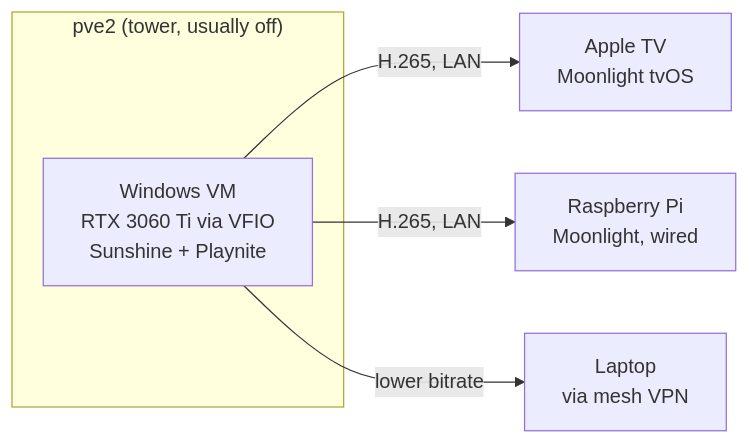
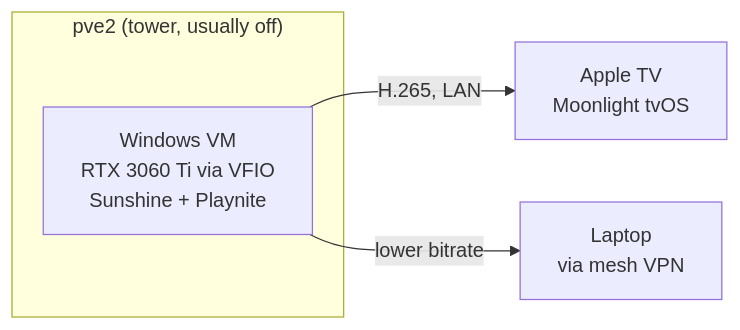
One commit to babraham123/homesite changed the diagram in src/www/docs/blog/posts/gpu-game-streaming.md. Above: the diagram before and after it, drawn with Mermaid. The commit also changed other lines of this file and 17 other files, not shown here.

````diff
--- a/src/www/docs/blog/posts/gpu-game-streaming.md
+++ b/src/www/docs/blog/posts/gpu-game-streaming.md
@@ -31,12 +31,10 @@
 ```mermaid
 flowchart LR
     subgraph pve2["pve2 (tower, usually off)"]
         vm["Windows VM<br/>RTX 3060 Ti via VFIO<br/>Sunshine + Playnite"]
     end
     atv["Apple TV<br/>Moonlight tvOS"]
-    rpi["Raspberry Pi<br/>Moonlight, wired"]
     lap["Laptop<br/>via mesh VPN"]
     vm -->|"H.265, LAN"| atv
-    vm -->|"H.265, LAN"| rpi
     vm -->|"lower bitrate"| lap
 ```
````
